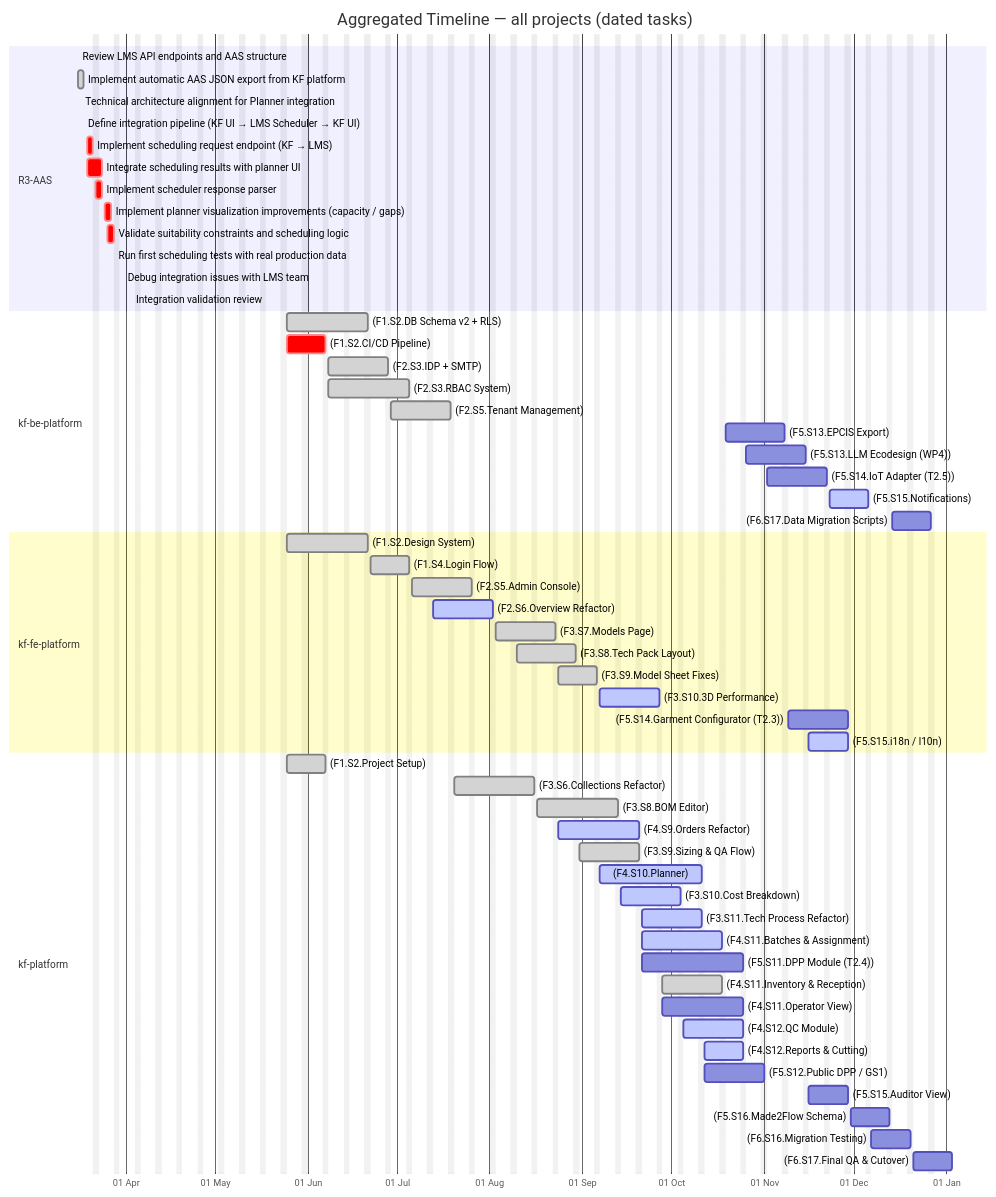
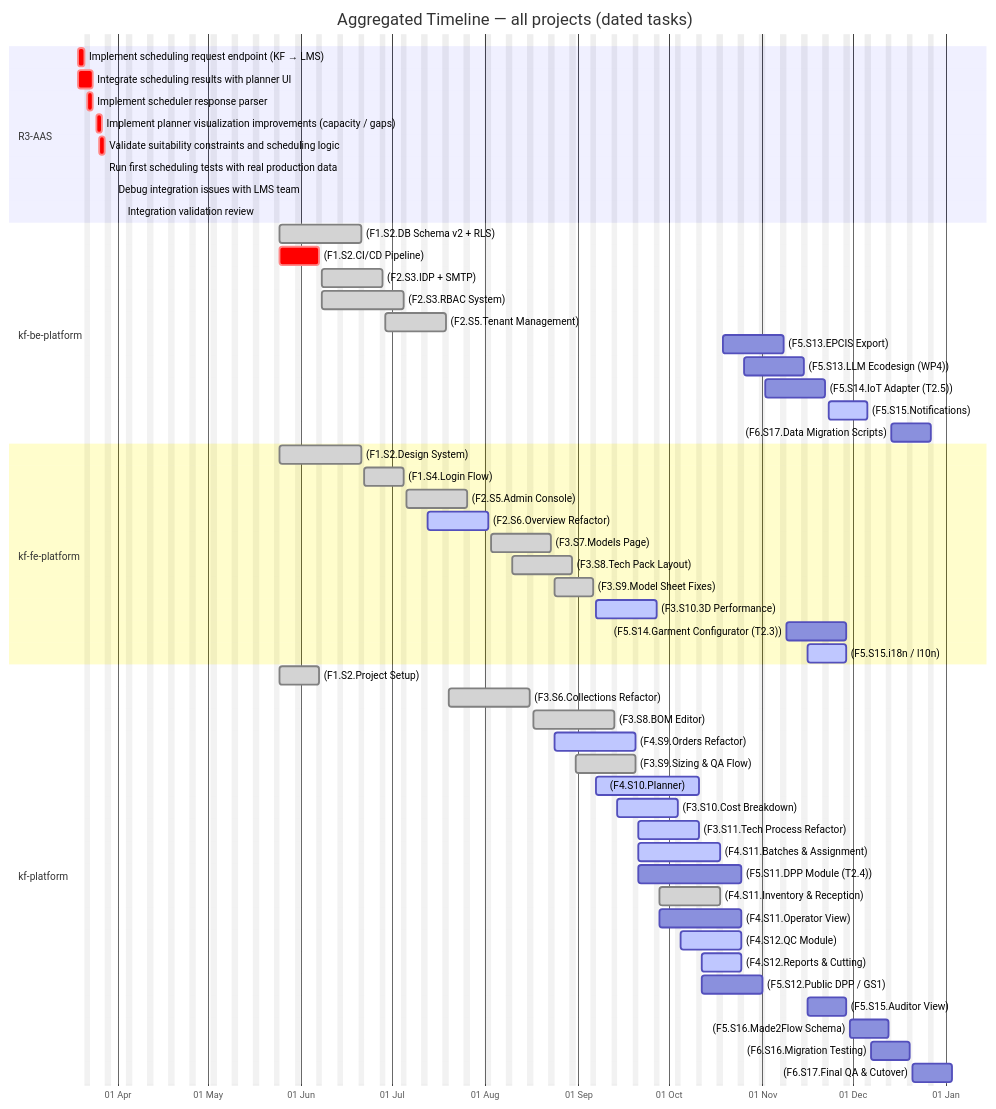
One commit to Katty-Fashion/kf-cpto changed the third of 6 diagrams in docs/unified-calendar.md. Above: the diagram before and after it, drawn with Mermaid. The commit also changed other lines of this file and 12 other files, not shown here.

````diff
--- a/docs/unified-calendar.md
+++ b/docs/unified-calendar.md
@@ -53,63 +53,59 @@
 ```mermaid
 gantt
     title Aggregated Timeline — all projects (dated tasks)
     dateFormat YYYY-MM-DD
     axisFormat %d %b
     excludes weekends
 
     section R3-AAS
-    Review LMS API endpoints and AAS structure :done, 2026-03-16, 2026-03-16
-    Implement automatic AAS JSON export from KF platform :done, 2026-03-16, 2026-03-18
-    Technical architecture alignment for Planner integration :done, 2026-03-17, 2026-03-17
-    Define integration pipeline (KF UI → LMS Scheduler → KF UI) :done, 2026-03-18, 2026-03-18
     Implement scheduling request endpoint (KF → LMS) :crit, 2026-03-19, 2026-03-21
     Integrate scheduling results with planner UI :crit, 2026-03-19, 2026-03-24
     Implement scheduler response parser :crit, 2026-03-22, 2026-03-24
     Implement planner visualization improvements (capacity / gaps) :crit, 2026-03-25, 2026-03-27
     Validate suitability constraints and scheduling logic :crit, 2026-03-26, 2026-03-28
     Run first scheduling tests with real production data :crit, 2026-03-28, 2026-03-28
     Debug integration issues with LMS team :crit, 2026-03-31, 2026-03-31
     Integration validation review :crit, 2026-04-03, 2026-04-03
     section kf-be-platform
     (F1.S2.DB Schema v2 + RLS) :done, 2026-05-25, 2026-06-21
     (F1.S2.CI/CD Pipeline) :crit, 2026-05-25, 2026-06-07
     (F2.S3.IDP + SMTP) :done, 2026-06-08, 2026-06-28
     (F2.S3.RBAC System) :done, 2026-06-08, 2026-07-05
     (F2.S5.Tenant Management) :done, 2026-06-29, 2026-07-19
     (F5.S13.EPCIS Export) :2026-10-19, 2026-11-08
     (F5.S13.LLM Ecodesign (WP4)) :2026-10-26, 2026-11-15
     (F5.S14.IoT Adapter (T2.5)) :2026-11-02, 2026-11-22
     (F5.S15.Notifications) :active, 2026-11-23, 2026-12-06
     (F6.S17.Data Migration Scripts) :2026-12-14, 2026-12-27
     section kf-fe-platform
     (F1.S2.Design System) :done, 2026-05-25, 2026-06-21
     (F1.S4.Login Flow) :done, 2026-06-22, 2026-07-05
     (F2.S5.Admin Console) :done, 2026-07-06, 2026-07-26
     (F2.S6.Overview Refactor) :active, 2026-07-13, 2026-08-02
     (F3.S7.Models Page) :done, 2026-08-03, 2026-08-23
     (F3.S8.Tech Pack Layout) :done, 2026-08-10, 2026-08-30
     (F3.S9.Model Sheet Fixes) :done, 2026-08-24, 2026-09-06
     (F3.S10.3D Performance) :active, 2026-09-07, 2026-09-27
     (F5.S14.Garment Configurator (T2.3)) :2026-11-09, 2026-11-29
     (F5.S15.i18n / l10n) :active, 2026-11-16, 2026-11-29
     section kf-platform
     (F1.S2.Project Setup) :done, 2026-05-25, 2026-06-07
     (F3.S6.Collections Refactor) :done, 2026-07-20, 2026-08-16
     (F3.S8.BOM Editor) :done, 2026-08-17, 2026-09-13
     (F4.S9.Orders Refactor) :active, 2026-08-24, 2026-09-20
     (F3.S9.Sizing & QA Flow) :done, 2026-08-31, 2026-09-20
     (F4.S10.Planner) :active, 2026-09-07, 2026-10-11
     (F3.S10.Cost Breakdown) :active, 2026-09-14, 2026-10-04
     (F3.S11.Tech Process Refactor) :active, 2026-09-21, 2026-10-11
     (F4.S11.Batches & Assignment) :active, 2026-09-21, 2026-10-18
     (F5.S11.DPP Module (T2.4)) :2026-09-21, 2026-10-25
     (F4.S11.Inventory & Reception) :done, 2026-09-28, 2026-10-18
     (F4.S11.Operator View) :2026-09-28, 2026-10-25
     (F4.S12.QC Module) :active, 2026-10-05, 2026-10-25
     (F4.S12.Reports & Cutting) :active, 2026-10-12, 2026-10-25
     (F5.S12.Public DPP / GS1) :2026-10-12, 2026-11-01
     (F5.S15.Auditor View) :2026-11-16, 2026-11-29
     (F5.S16.Made2Flow Schema) :2026-11-30, 2026-12-13
     (F6.S16.Migration Testing) :2026-12-07, 2026-12-20
     (F6.S17.Final QA & Cutover) :2026-12-21, 2027-01-03
 ```
````
